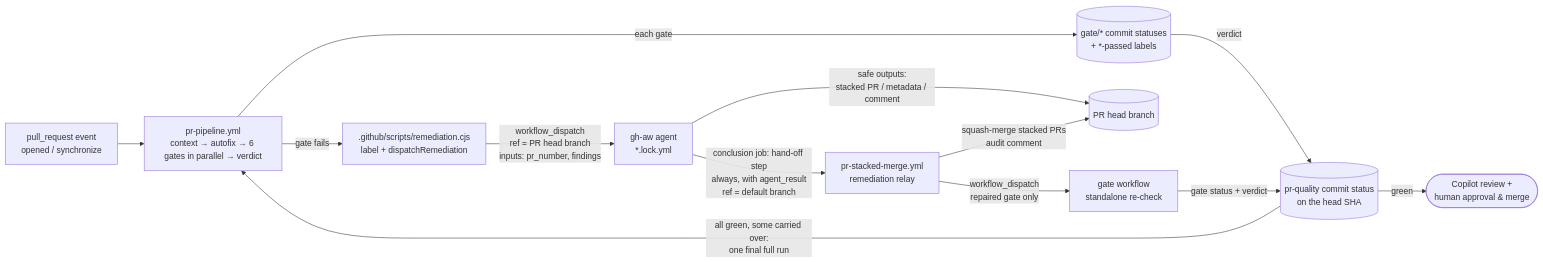
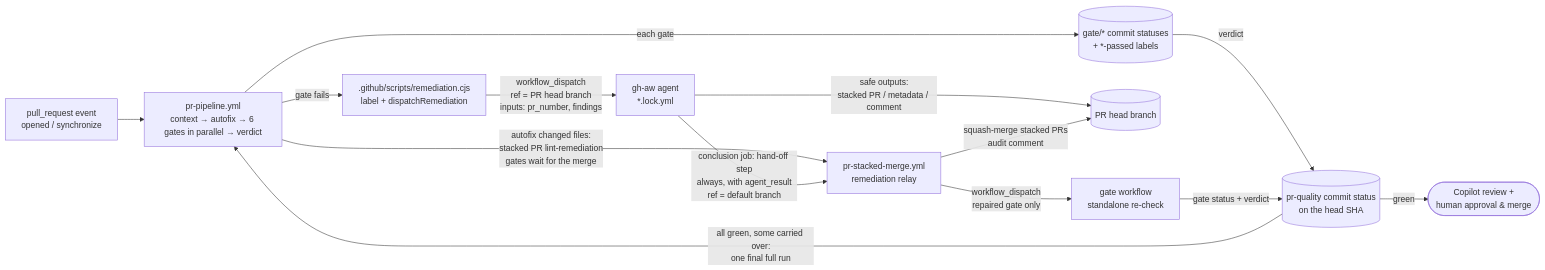
One commit to SitoaderOrg/ForgeFlow changed the diagram in docs/remediation-chaining.md. Above: the diagram before and after it, drawn with Mermaid. The commit also changed other lines of this file and 10 other files, not shown here.

````diff
--- a/docs/remediation-chaining.md
+++ b/docs/remediation-chaining.md
@@ -20,15 +21,16 @@
 ```mermaid
 flowchart LR
     PR[pull_request event\nopened / synchronize] --> Pipeline[pr-pipeline.yml\ncontext → autofix → 6 gates in parallel → verdict]
+    Pipeline -->|autofix changed files:\nstacked PR lint-remediation\ngates wait for the merge| Relay
     Pipeline -->|gate fails| Helper[.github/scripts/remediation.cjs\nlabel + dispatchRemediation]
     Pipeline -->|each gate| Gates[(gate/* commit statuses\n+ *-passed labels)]
     Gates -->|verdict| Status[(pr-quality commit status\non the head SHA)]
     Helper -->|workflow_dispatch\nref = PR head branch\ninputs: pr_number, findings| Agent[gh-aw agent\n*.lock.yml]
     Agent -->|safe outputs:\nstacked PR / metadata / comment| Branch[(PR head branch)]
     Agent -->|conclusion job: hand-off step\nalways, with agent_result\nref = default branch| Relay[pr-stacked-merge.yml\nremediation relay]
     Relay -->|squash-merge stacked PRs\naudit comment| Branch
     Relay -->|workflow_dispatch\nrepaired gate only| Gate[gate workflow\nstandalone re-check]
     Gate -->|gate status + verdict| Status
     Status -->|all green, some carried over:\none final full run| Pipeline
     Status -->|green| Review([Copilot review +\nhuman approval & merge])
 ```
````
